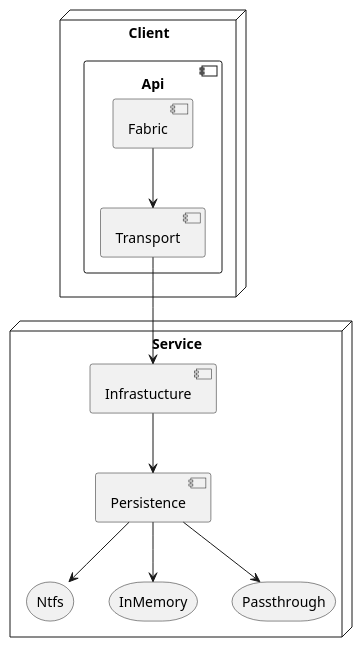
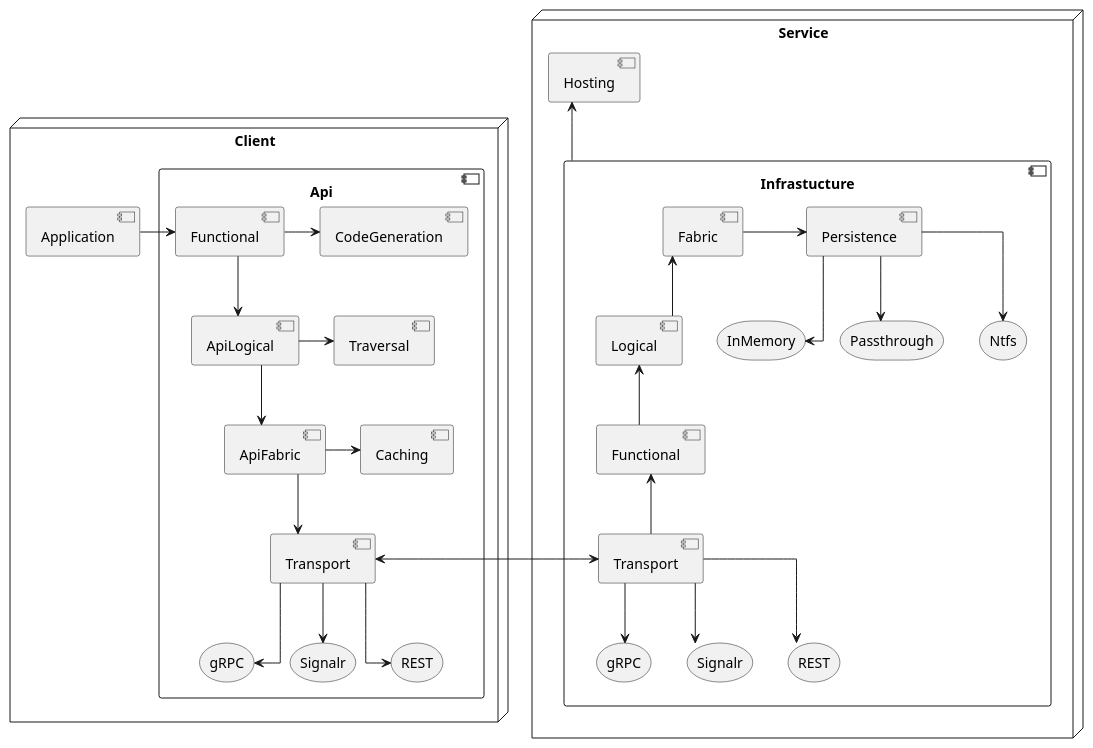
Before and after one commit to vrenken/EtAlii.Ubigia: the diagram in Documentation/Architecture/System.Overview.puml, drawn with PlantUML.

Commit message:
Added start of system overview.

```diff
--- a/Documentation/Architecture/System.Overview.puml
+++ b/Documentation/Architecture/System.Overview.puml
@@ -1,54 +1,128 @@
 @startuml
+skinparam linetype ortho
+
 
 node Client {
+    component Application {
+    }
     component Api {
-        component Fabric {
+        component Functional as ApiFunctional {
         }
-        component Transport {
+
+        component CodeGeneration {
         }
-        Fabric  --> Transport
+
+        ApiFunctional -> CodeGeneration
+
+        component ApiLogical {
+        }
+
+        component Traversal {
+        }
+
+        ApiLogical -> Traversal
+
+        component ApiFabric {
+        }
+
+        ApiFabric -> Caching
+
+        component Transport as ApiTransport {
+        }
+
+        component Caching {
+        }
+
+        storage gRPC as ApiGrpc {
+        }
+        storage Signalr as ApiSignalR {
+        }
+        storage REST as ApiRest {
+        }
+
+        ApiTransport --> ApiGrpc
+        ApiTransport --> ApiSignalR
+        ApiTransport --> ApiRest
+
+
+        ApiFunctional --> ApiLogical
+        ApiLogical --> ApiFabric
+        ApiFabric --> ApiTransport
     }
+
+    Application -> ApiFunctional
 }
 
 node Service {
     component "Infrastucture" as Infrastructure {
+
+        component Transport as InfrastructureTransport {
+        }
+
+                storage gRPC as InfrastructureGrpc {
+                }
+                storage Signalr as InfrastructureSignalR {
+                }
+                storage REST as InfrastructureRest {
+                }
+
+                InfrastructureTransport --> InfrastructureGrpc
+                InfrastructureTransport --> InfrastructureSignalR
+                InfrastructureTransport --> InfrastructureRest
+
+
+        component Functional as InfrastructureFunctional {
+        }
+
+        InfrastructureFunctional <-- InfrastructureTransport
+
+        component Logical as InfrastructureLogical {
+        }
+
+        InfrastructureLogical <-- InfrastructureFunctional
+
+        component Fabric as InfrastructureFabric {
+        }
+
+        component Persistence {
+        }
+
+        storage Ntfs {
+        }
+        storage InMemory {
+        }
+        storage Passthrough {
+        }
+        InfrastructureFabric -> Persistence
+        Persistence --> Ntfs
+        Persistence --> InMemory
+        Persistence --> Passthrough
+
+
+        InfrastructureFabric <-- InfrastructureLogical
+
     '    component Hosting {
     '    }
     '    component Storages
     '    component Spaces
     '    component Accounts
     '    component Roots
     '    component Entries
     '    component Content
     '
     '    Storages -- Spaces
     '    Spaces -- Accounts
     }
-    component "Persistence" as Persistence {
-    '    component Properties
-    '    component Components
-    '    component Items
-    '    component Blobs
-    '    component Containers
-    'note right of Items : "General storage"
+    component Hosting {
     }
 
-        storage Ntfs {
-        }
-        storage InMemory {
-        }
-        storage Passthrough {
-        }
+    Hosting <-- Infrastructure
 
 }
 
 
-Transport --> Infrastructure
-Infrastructure --> Persistence
-Persistence --> Ntfs
-Persistence --> InMemory
-Persistence --> Passthrough
+ApiTransport <-> InfrastructureTransport
 
 
 
 @enduml
```
